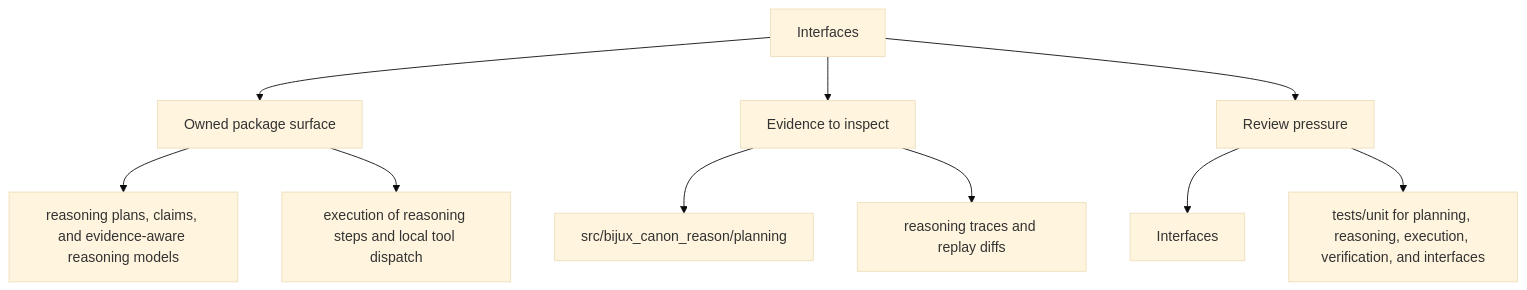
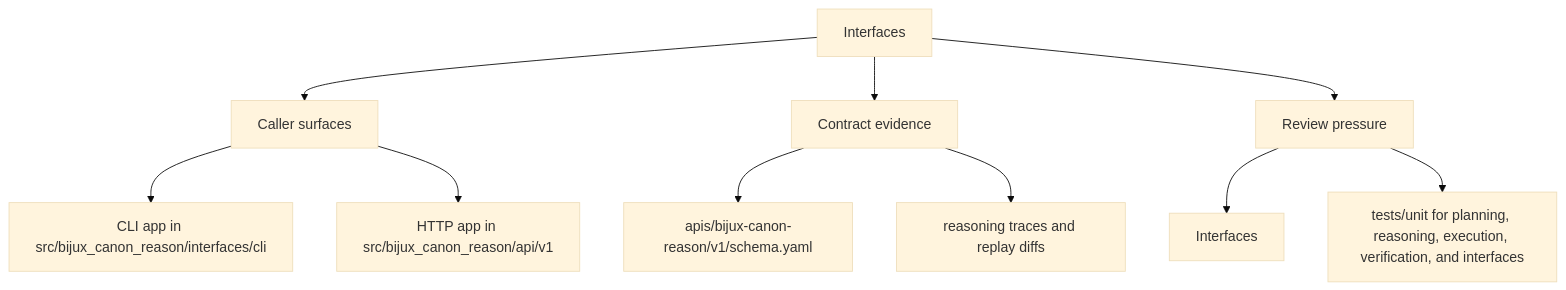
Before and after one commit to bijux/bijux-canon: the second of 2 diagrams in docs/bijux-canon-reason/interfaces/index.md, drawn with Mermaid (base theme). The commit also changed other lines of this file and 250 other files, not shown here.

Commit message:
docs(diagrams): make product page maps more readable

````diff
--- a/docs/bijux-canon-reason/interfaces/index.md
+++ b/docs/bijux-canon-reason/interfaces/index.md
@@ -32,22 +32,22 @@
 ```mermaid
 flowchart TD
     page["Interfaces"]
-    focus1["Owned package surface"]
+    focus1["Caller surfaces"]
     page --> focus1
-    focus1_1["reasoning plans, claims, and evidence-aware reasoning models"]
+    focus1_1["CLI app in src/bijux_canon_reason/interfaces/cli"]
     focus1 --> focus1_1
-    focus1_2["execution of reasoning steps and local tool dispatch"]
+    focus1_2["HTTP app in src/bijux_canon_reason/api/v1"]
     focus1 --> focus1_2
-    focus2["Evidence to inspect"]
+    focus2["Contract evidence"]
     page --> focus2
-    focus2_1["src/bijux_canon_reason/planning"]
+    focus2_1["apis/bijux-canon-reason/v1/schema.yaml"]
     focus2 --> focus2_1
     focus2_2["reasoning traces and replay diffs"]
     focus2 --> focus2_2
     focus3["Review pressure"]
     page --> focus3
     focus3_1["Interfaces"]
     focus3 --> focus3_1
     focus3_2["tests/unit for planning, reasoning, execution, verification, and interfaces"]
     focus3 --> focus3_2
 ```
````
